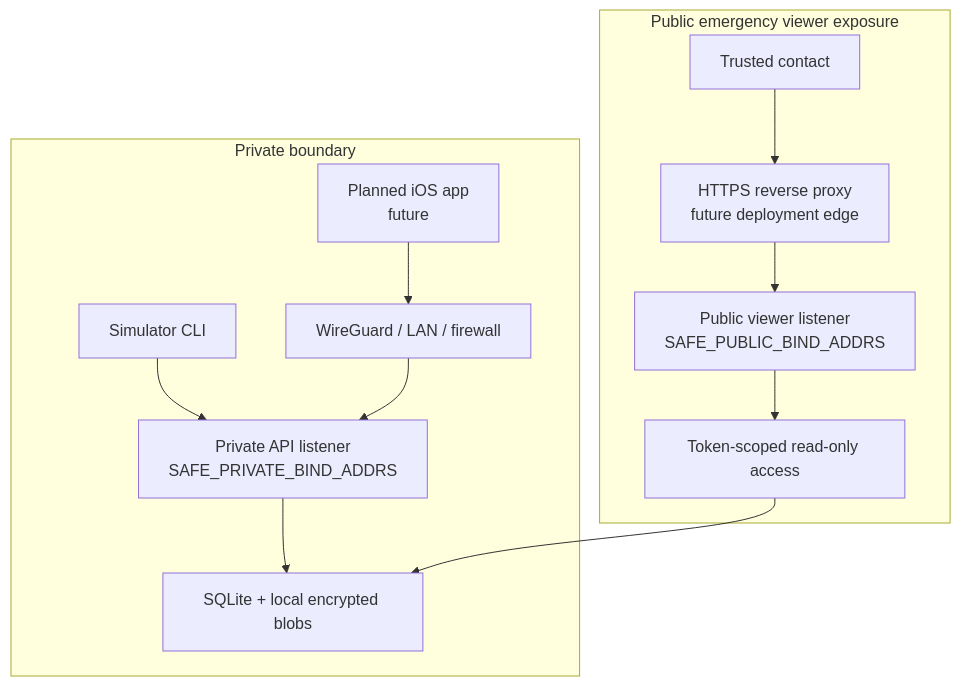
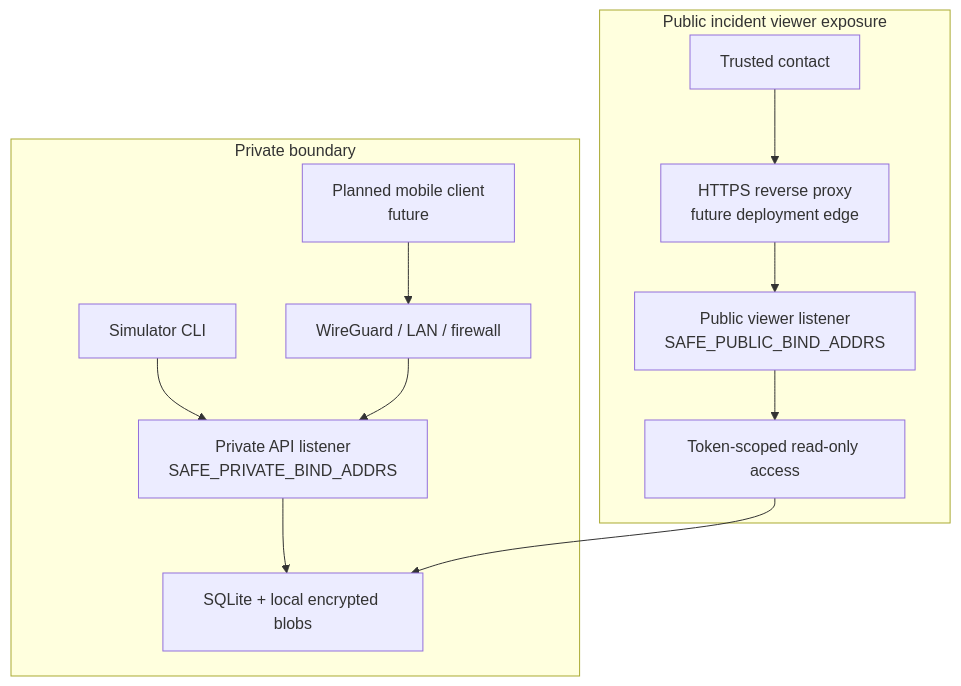
Before and after one commit to open-proofline/server: the second of 4 diagrams in docs/architecture.md, drawn with Mermaid. The commit also changed other lines of this file, not shown here.

Commit message:
Update architecture docs for Proofline scope

````diff
--- a/docs/architecture.md
+++ b/docs/architecture.md
@@ -26,16 +42,16 @@
 ```mermaid
 flowchart TB
     subgraph PrivateNetwork["Private boundary"]
-        FuturePhone["Planned iOS app<br/>future"] --> WireGuard["WireGuard / LAN / firewall"]
+        FuturePhone["Planned mobile client<br/>future"] --> WireGuard["WireGuard / LAN / firewall"]
         Simulator["Simulator CLI"] --> PrivateListener["Private API listener<br/>SAFE_PRIVATE_BIND_ADDRS"]
         WireGuard --> PrivateListener
         PrivateListener --> Storage["SQLite + local encrypted blobs"]
     end
 
-    subgraph PublicEdge["Public emergency viewer exposure"]
+    subgraph PublicEdge["Public incident viewer exposure"]
         TrustedContact["Trusted contact"] --> HTTPS["HTTPS reverse proxy<br/>future deployment edge"]
         HTTPS --> PublicListener["Public viewer listener<br/>SAFE_PUBLIC_BIND_ADDRS"]
         PublicListener --> ReadOnly["Token-scoped read-only access"]
         ReadOnly --> Storage
     end
 ```
````
